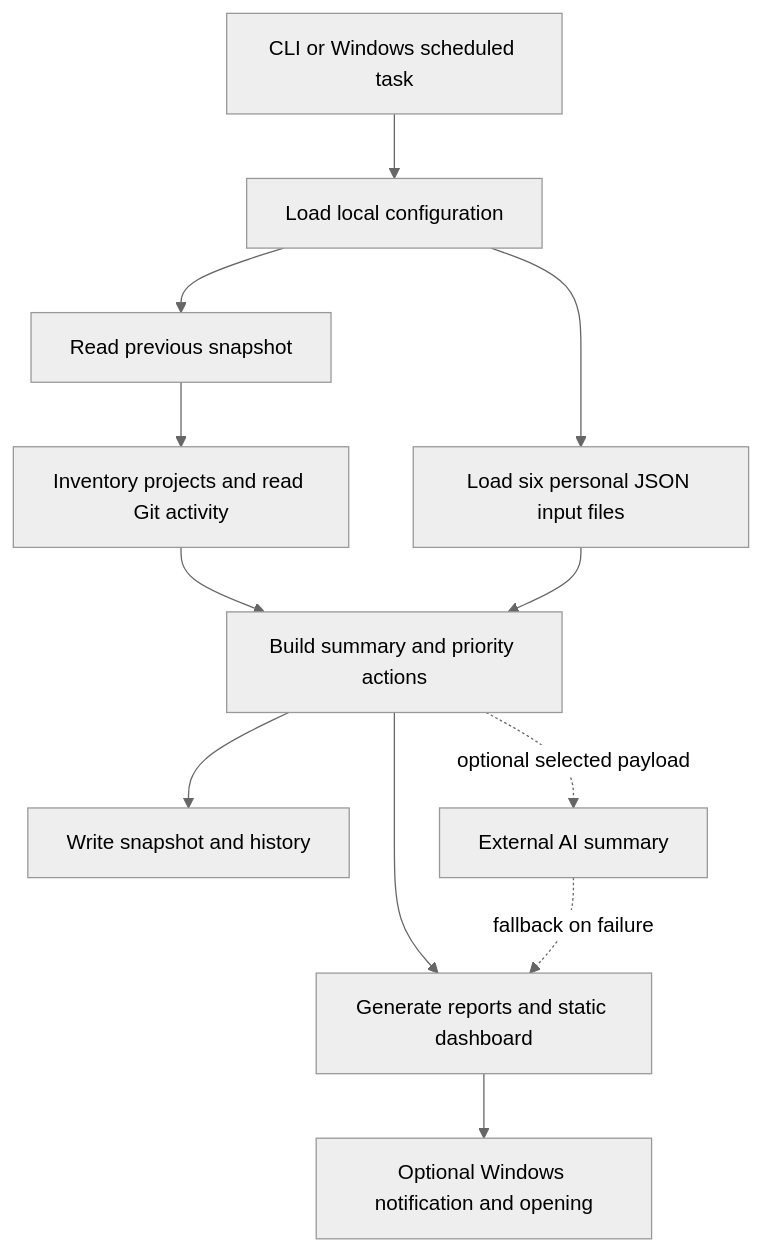
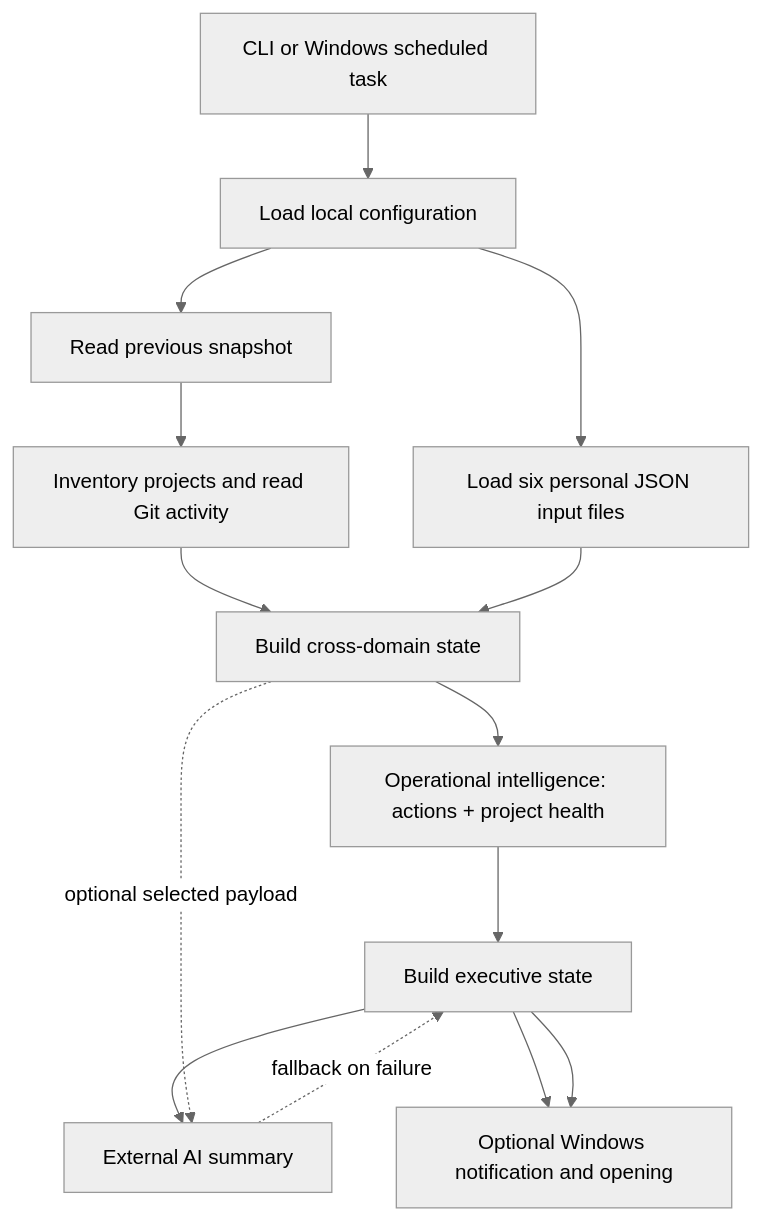
The diagram in docs/ARCHITECTURE.md (PHENOMVALENCE/Personal-OS), drawn with Mermaid (neutral theme) before and after one commit. The commit also changed other lines of this file, not shown here.

Commit message:
docs: describe action engine architecture

````diff
--- a/docs/ARCHITECTURE.md
+++ b/docs/ARCHITECTURE.md
@@ -7,14 +7,16 @@
 ```mermaid
 flowchart TD
   A[CLI or Windows scheduled task] --> B[Load local configuration]
   B --> C[Read previous snapshot]
   C --> D[Inventory projects and read Git activity]
   B --> E[Load six personal JSON input files]
-  D --> F[Build summary and priority actions]
+  D --> F[Build cross-domain state]
   E --> F
-  F --> G[Write snapshot and history]
-  F --> H[Generate reports and static dashboard]
+  F --> G[Operational intelligence: actions + project health]
+  G --> H[Build executive state]
+  H --> I[Write snapshot and history]
+  H --> J[Generate reports and command-center dashboard]
   F -. optional selected payload .-> I[External AI summary]
   I -. fallback on failure .-> H
   H --> J[Optional Windows notification and opening]
 ```
````
